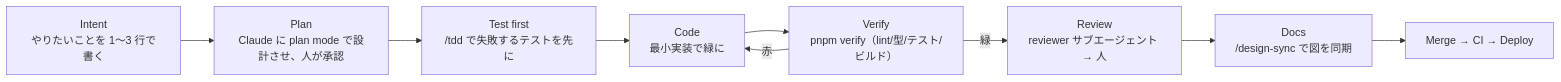
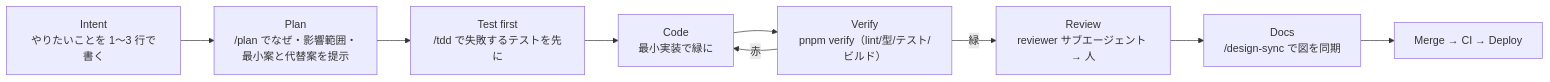
Before and after one commit to Noripy/TaskAgent: the diagram in docs/dev/ai-dlc.md, drawn with Mermaid. The commit also changed other lines of this file and 9 other files, not shown here.

````diff
--- a/docs/dev/ai-dlc.md
+++ b/docs/dev/ai-dlc.md
@@ -8,11 +8,11 @@
 ```mermaid
 flowchart LR
-  I["Intent<br/>やりたいことを 1〜3 行で書く"] --> P["Plan<br/>Claude に plan mode で設計させ、人が承認"]
+  I["Intent<br/>やりたいことを 1〜3 行で書く"] --> P["Plan<br/>/plan でなぜ・影響範囲・<br/>最小案と代替案を提示"]
   P --> T["Test first<br/>/tdd で失敗するテストを先に"]
   T --> C["Code<br/>最小実装で緑に"]
   C --> V["Verify<br/>pnpm verify（lint/型/テスト/ビルド）"]
   V -- 赤 --> C
   V -- 緑 --> R["Review<br/>reviewer サブエージェント → 人"]
   R --> D["Docs<br/>/design-sync で図を同期"]
   D --> M["Merge → CI → Deploy"]
 ```
````
